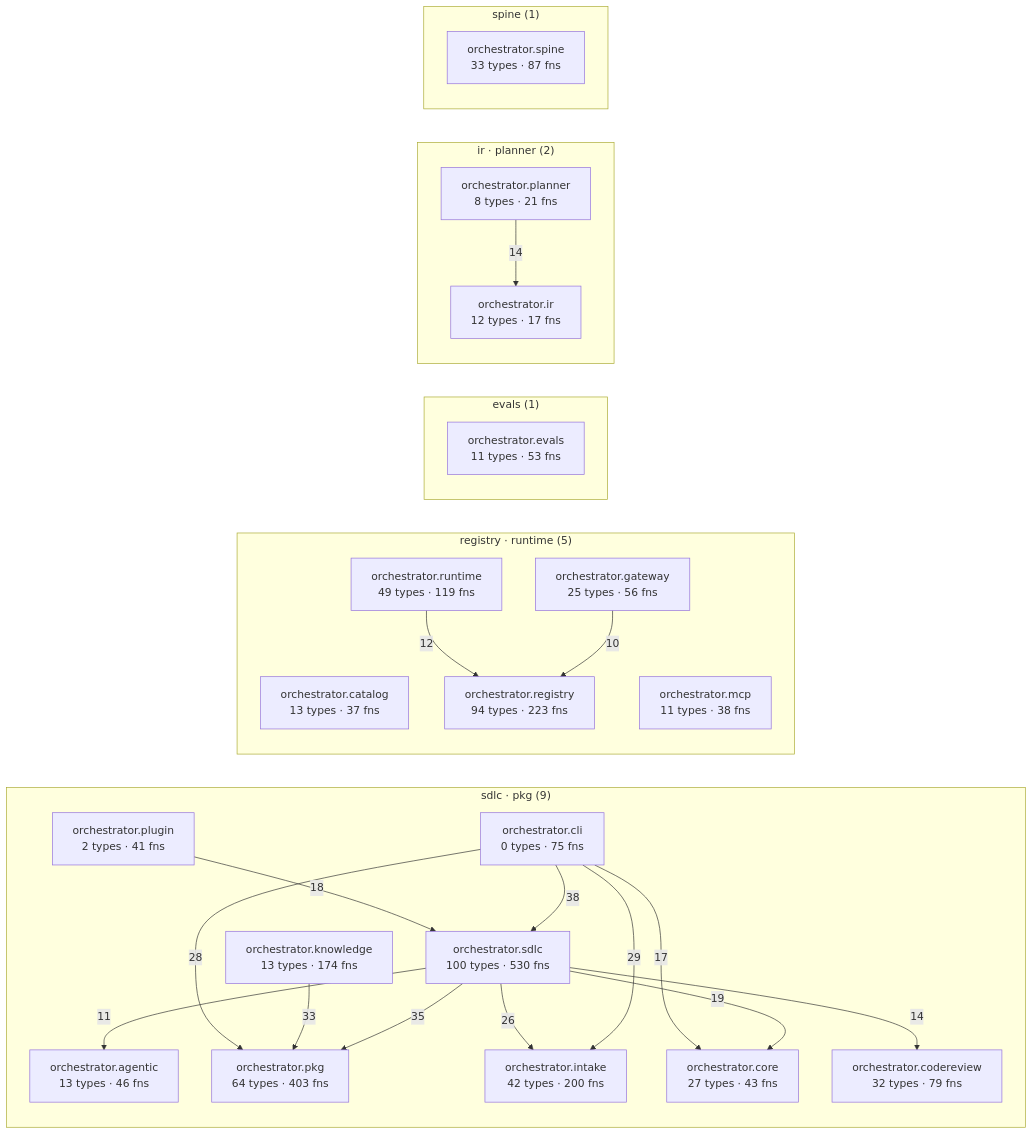
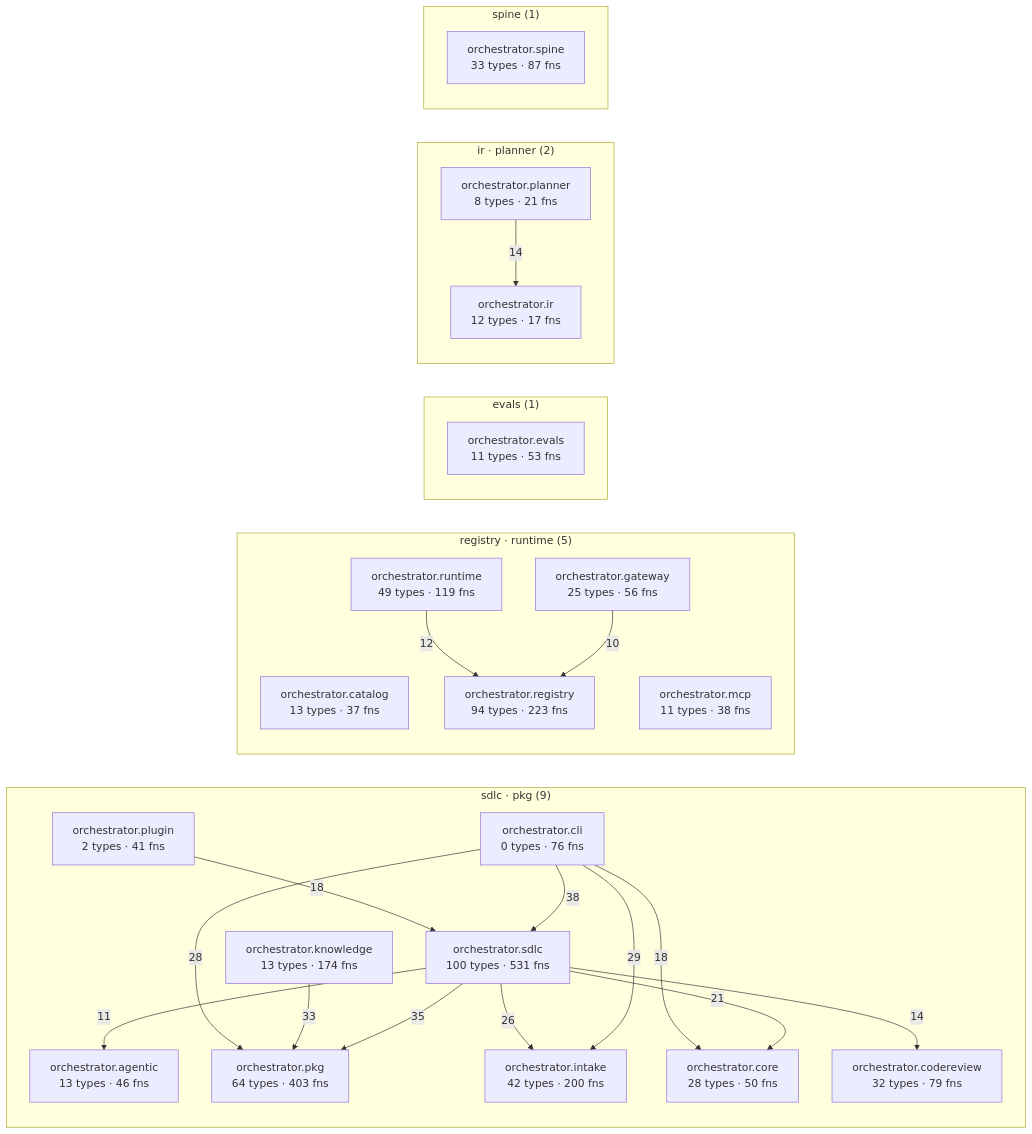
One commit to synaptixs/spine changed the diagram in episteme/architecture.md. Above: the diagram before and after it, drawn with Mermaid. The commit also changed other lines of this file and 30 other files, not shown here.

````diff
--- a/episteme/architecture.md
+++ b/episteme/architecture.md
@@ -54,45 +54,45 @@
 ```mermaid
 flowchart LR
   subgraph c_1["sdlc · pkg (9)"]
     aorchestratoragentic["orchestrator.agentic<br/>13 types · 46 fns"]
-    aorchestratorcli["orchestrator.cli<br/>0 types · 75 fns"]
+    aorchestratorcli["orchestrator.cli<br/>0 types · 76 fns"]
     aorchestratorcodereview["orchestrator.codereview<br/>32 types · 79 fns"]
-    aorchestratorcore["orchestrator.core<br/>27 types · 43 fns"]
+    aorchestratorcore["orchestrator.core<br/>28 types · 50 fns"]
     aorchestratorintake["orchestrator.intake<br/>42 types · 200 fns"]
     aorchestratorknowledge["orchestrator.knowledge<br/>13 types · 174 fns"]
     aorchestratorpkg["orchestrator.pkg<br/>64 types · 403 fns"]
     aorchestratorplugin["orchestrator.plugin<br/>2 types · 41 fns"]
-    aorchestratorsdlc["orchestrator.sdlc<br/>100 types · 530 fns"]
+    aorchestratorsdlc["orchestrator.sdlc<br/>100 types · 531 fns"]
   end
   subgraph c_3["registry · runtime (5)"]
     aorchestratorcatalog["orchestrator.catalog<br/>13 types · 37 fns"]
     aorchestratorgateway["orchestrator.gateway<br/>25 types · 56 fns"]
     aorchestratormcp["orchestrator.mcp<br/>11 types · 38 fns"]
     aorchestratorregistry["orchestrator.registry<br/>94 types · 223 fns"]
     aorchestratorruntime["orchestrator.runtime<br/>49 types · 119 fns"]
   end
   subgraph c_5["evals (1)"]
     aorchestratorevals["orchestrator.evals<br/>11 types · 53 fns"]
   end
   subgraph c_7["ir · planner (2)"]
     aorchestratorir["orchestrator.ir<br/>12 types · 17 fns"]
     aorchestratorplanner["orchestrator.planner<br/>8 types · 21 fns"]
   end
   subgraph c_10["spine (1)"]
     aorchestratorspine["orchestrator.spine<br/>33 types · 87 fns"]
   end
   aorchestratorcli -->|38| aorchestratorsdlc
   aorchestratorsdlc -->|35| aorchestratorpkg
   aorchestratorknowledge -->|33| aorchestratorpkg
   aorchestratorcli -->|29| aorchestratorintake
   aorchestratorcli -->|28| aorchestratorpkg
   aorchestratorsdlc -->|26| aorchestratorintake
-  aorchestratorsdlc -->|19| aorchestratorcore
+  aorchestratorsdlc -->|21| aorchestratorcore
+  aorchestratorcli -->|18| aorchestratorcore
   aorchestratorplugin -->|18| aorchestratorsdlc
-  aorchestratorcli -->|17| aorchestratorcore
   aorchestratorplanner -->|14| aorchestratorir
   aorchestratorsdlc -->|14| aorchestratorcodereview
   aorchestratorruntime -->|12| aorchestratorregistry
   aorchestratorsdlc -->|11| aorchestratoragentic
   aorchestratorgateway -->|10| aorchestratorregistry
 ```
````
